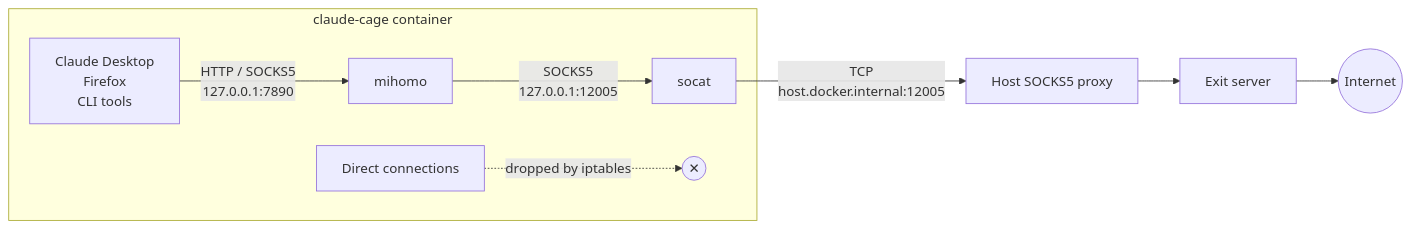
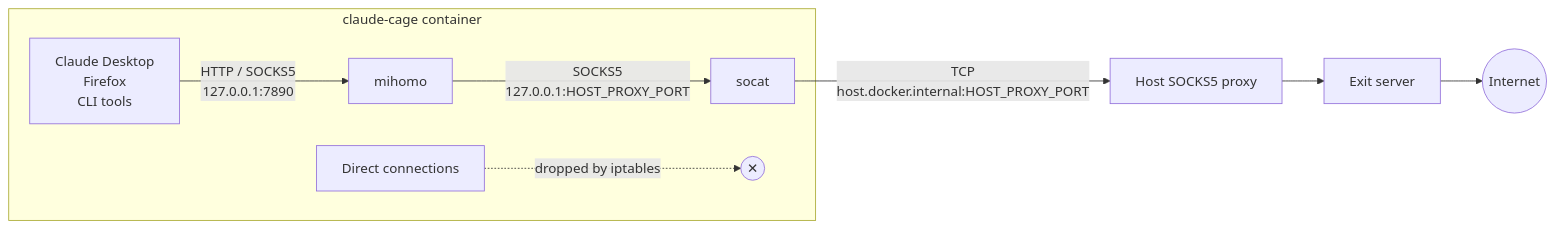
Before and after one commit to ferrobit/claude-cage: the diagram in README.md, drawn with Mermaid. The commit also changed other lines of this file and 4 other files, not shown here.

First line of the commit message:
Make host SOCKS5 port configurable via HOST_PROXY_PORT

````diff
--- a/README.md
+++ b/README.md
@@ -153,11 +156,11 @@
 ```mermaid
 flowchart LR
     subgraph cage["claude-cage container"]
         apps["Claude Desktop<br/>Firefox<br/>CLI tools"] -->|"HTTP / SOCKS5<br/>127.0.0.1:7890"| mihomo["mihomo"]
-        mihomo -->|"SOCKS5<br/>127.0.0.1:12005"| socat["socat"]
+        mihomo -->|"SOCKS5<br/>127.0.0.1:HOST_PROXY_PORT"| socat["socat"]
         other["Direct connections"] -.->|"dropped by iptables"| drop(("✕"))
     end
-    socat -->|"TCP<br/>host.docker.internal:12005"| host["Host SOCKS5 proxy"]
+    socat -->|"TCP<br/>host.docker.internal:HOST_PROXY_PORT"| host["Host SOCKS5 proxy"]
     host --> vps["Exit server"]
     vps --> net(("Internet"))
 ```
````
